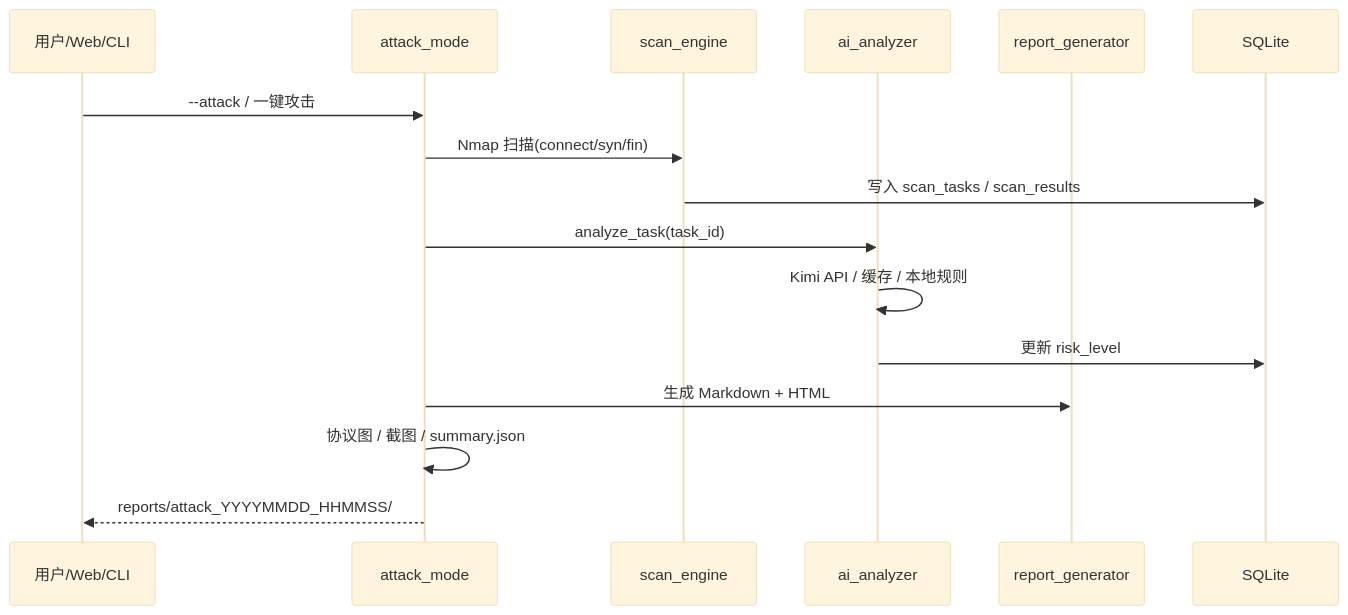
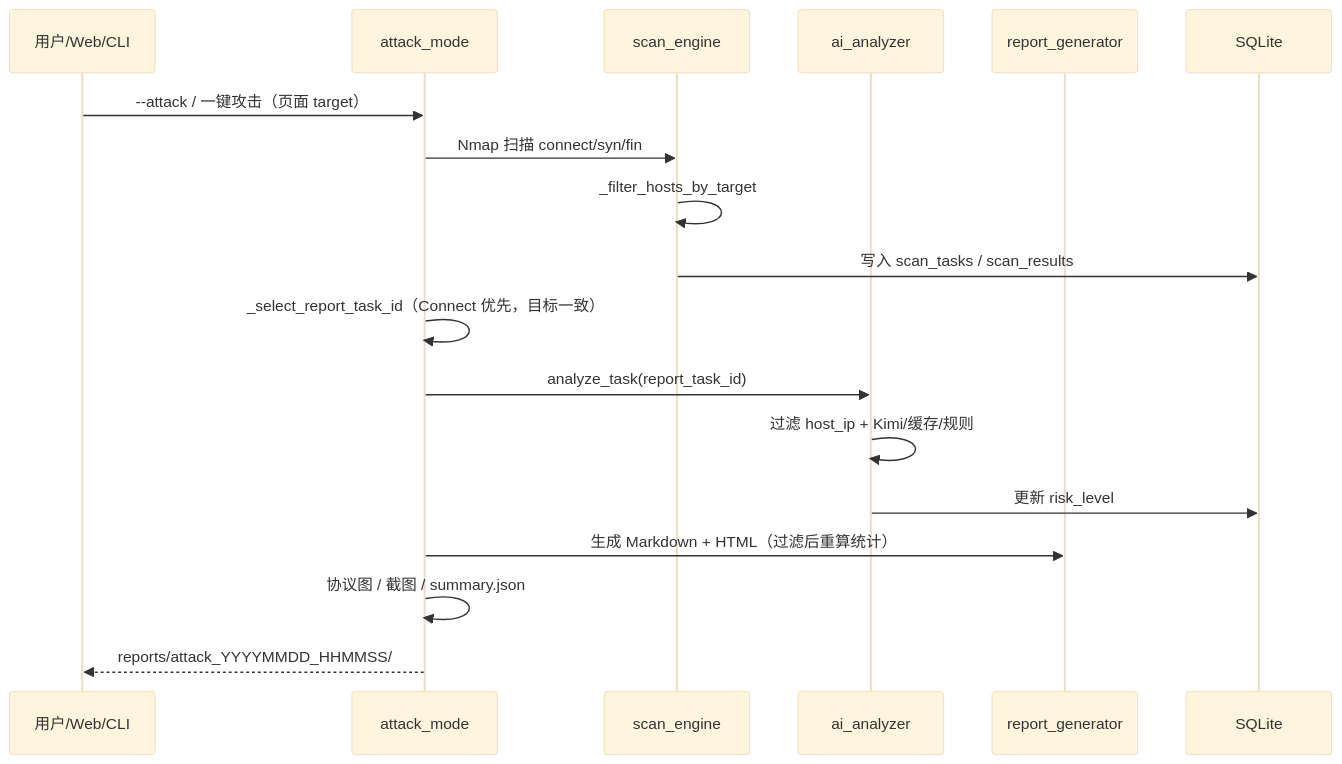
Before and after one commit to llg23456/insightscan: the second of 5 diagrams in InsightScan_项目说明.md, drawn with Mermaid (base theme). The commit also changed other lines of this file and 2 other files, not shown here.

````diff
--- a/InsightScan_项目说明.md
+++ b/InsightScan_项目说明.md
@@ -79,19 +81,21 @@
 ```mermaid
 sequenceDiagram
     participant U as 用户/Web/CLI
     participant A as attack_mode
     participant S as scan_engine
     participant AI as ai_analyzer
     participant R as report_generator
     participant D as SQLite
 
-    U->>A: --attack / 一键攻击
-    A->>S: Nmap 扫描(connect/syn/fin)
+    U->>A: --attack / 一键攻击（页面 target）
+    A->>S: Nmap 扫描 connect/syn/fin
+    S->>S: _filter_hosts_by_target
     S->>D: 写入 scan_tasks / scan_results
-    A->>AI: analyze_task(task_id)
-    AI->>AI: Kimi API / 缓存 / 本地规则
+    A->>A: _select_report_task_id（Connect 优先，目标一致）
+    A->>AI: analyze_task(report_task_id)
+    AI->>AI: 过滤 host_ip + Kimi/缓存/规则
     AI->>D: 更新 risk_level
-    A->>R: 生成 Markdown + HTML
+    A->>R: 生成 Markdown + HTML（过滤后重算统计）
     A->>A: 协议图 / 截图 / summary.json
     A-->>U: reports/attack_YYYYMMDD_HHMMSS/
 ```
````
